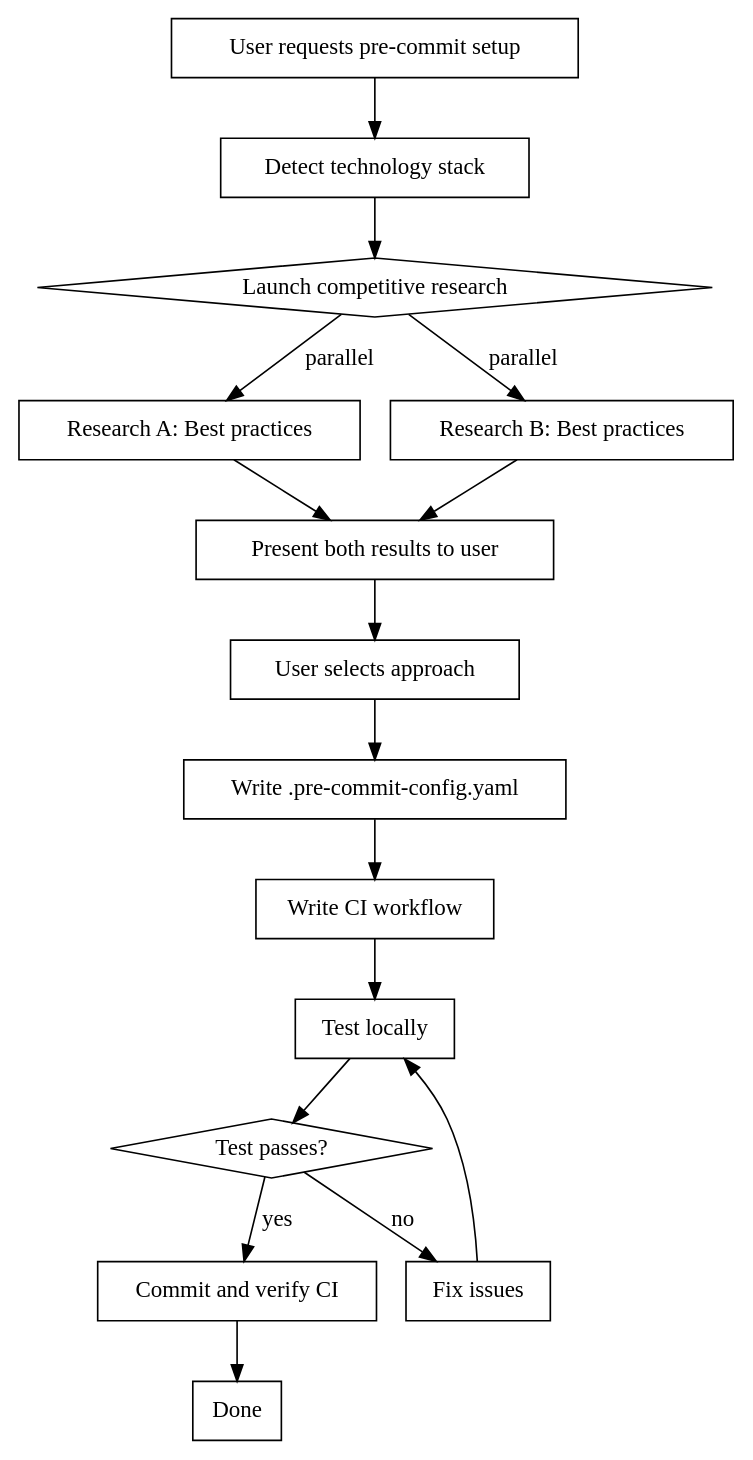
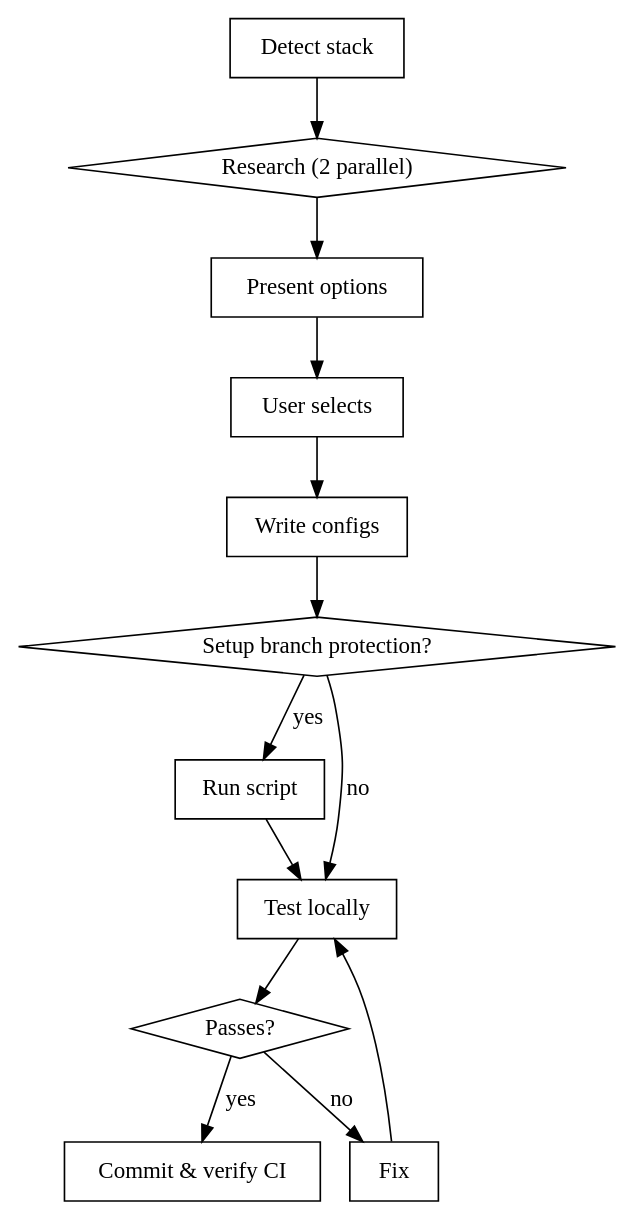
Before and after one commit to baleen37/dotfiles: the diagram in users/shared/.config/claude/skills/setup-precommit-and-ci/SKILL.md, drawn with Graphviz. The commit also changed other lines of this file and 3 other files, not shown here.

````diff
--- a/users/shared/.config/claude/skills/setup-precommit-and-ci/SKILL.md
+++ b/users/shared/.config/claude/skills/setup-precommit-and-ci/SKILL.md
@@ -35,34 +19,28 @@
 ```dot
 digraph precommit_setup {
-    "User requests pre-commit setup" [shape=box];
-    "Detect technology stack" [shape=box];
-    "Launch competitive research" [shape=diamond];
-    "Research A: Best practices" [shape=box];
-    "Research B: Best practices" [shape=box];
-    "Present both results to user" [shape=box];
-    "User selects approach" [shape=box];
-    "Write .pre-commit-config.yaml" [shape=box];
-    "Write CI workflow" [shape=box];
+    "Detect stack" [shape=box];
+    "Research (2 parallel)" [shape=diamond];
+    "Present options" [shape=box];
+    "User selects" [shape=box];
+    "Write configs" [shape=box];
+    "Setup branch protection?" [shape=diamond];
+    "Run script" [shape=box];
     "Test locally" [shape=box];
-    "Test passes?" [shape=diamond];
-    "Fix issues" [shape=box];
-    "Commit and verify CI" [shape=box];
-    "Done" [shape=box];
+    "Passes?" [shape=diamond];
+    "Fix" [shape=box];
+    "Commit & verify CI" [shape=box];
 
-    "User requests pre-commit setup" -> "Detect technology stack";
-    "Detect technology stack" -> "Launch competitive research";
-    "Launch competitive research" -> "Research A: Best practices" [label="parallel"];
-    "Launch competitive research" -> "Research B: Best practices" [label="parallel"];
-    "Research A: Best practices" -> "Present both results to user";
-    "Research B: Best practices" -> "Present both results to user";
-    "Present both results to user" -> "User selects approach";
-    "User selects approach" -> "Write .pre-commit-config.yaml";
-    "Write .pre-commit-config.yaml" -> "Write CI workflow";
-    "Write CI workflow" -> "Test locally";
-    "Test locally" -> "Test passes?";
-    "Test passes?" -> "Commit and verify CI" [label="yes"];
-    "Test passes?" -> "Fix issues" [label="no"];
-    "Fix issues" -> "Test locally";
-    "Commit and verify CI" -> "Done";
+    "Detect stack" -> "Research (2 parallel)";
+    "Research (2 parallel)" -> "Present options";
+    "Present options" -> "User selects";
+    "User selects" -> "Write configs";
+    "Write configs" -> "Setup branch protection?";
+    "Setup branch protection?" -> "Run script" [label="yes"];
+    "Setup branch protection?" -> "Test locally" [label="no"];
+    "Run script" -> "Test locally";
+    "Test locally" -> "Passes?";
+    "Passes?" -> "Commit & verify CI" [label="yes"];
+    "Passes?" -> "Fix" [label="no"];
+    "Fix" -> "Test locally";
 }
 ```
````
